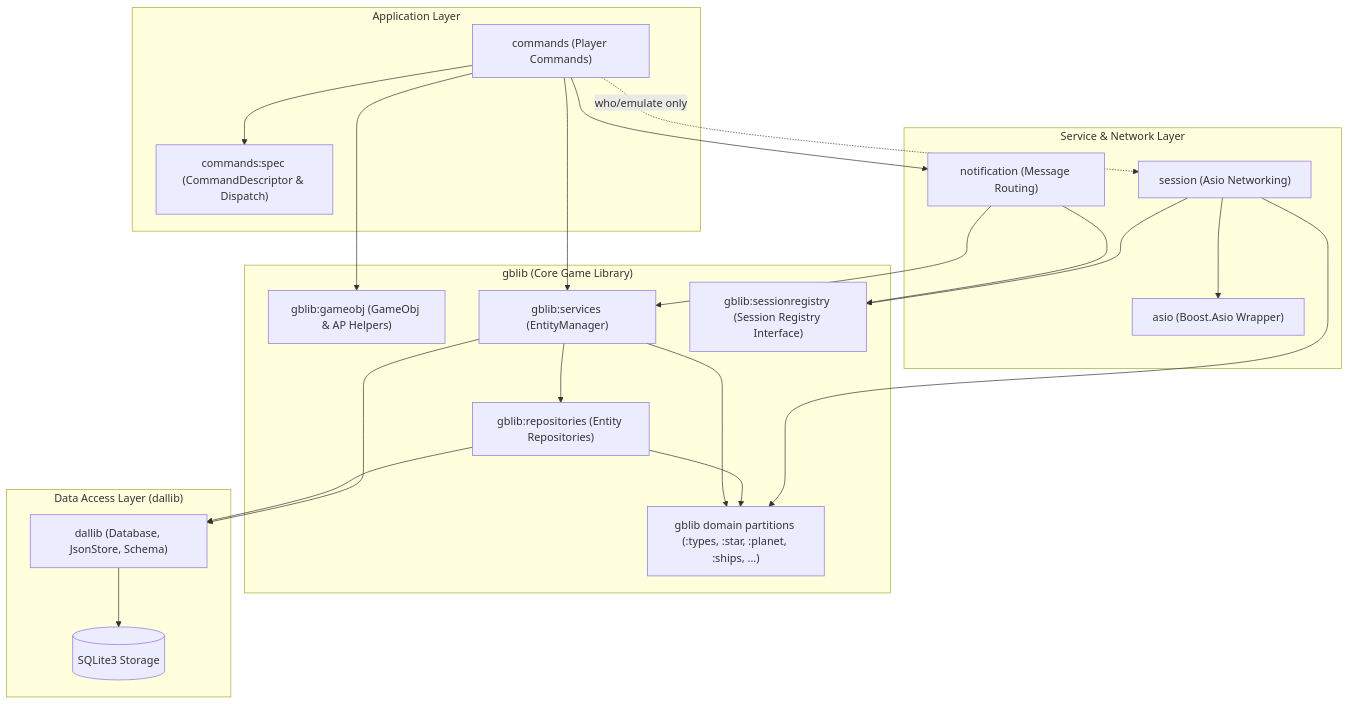
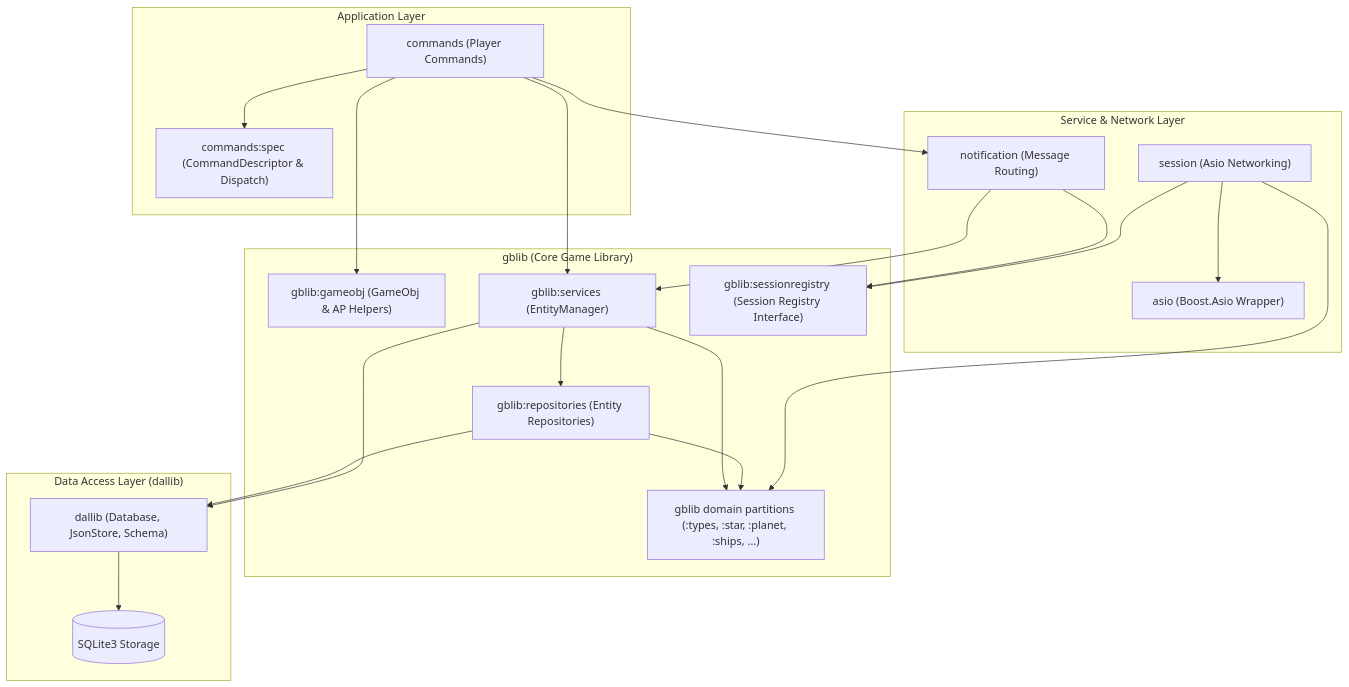
The second of 2 diagrams in ARCHITECTURE.md (kaladron/galactic-bloodshed), drawn with Mermaid before and after one commit. The commit also changed other lines of this file, not shown here.

Commit message:
docs: update ARCHITECTURE.md to remove legacy session dependency for who/emulate

````diff
--- a/ARCHITECTURE.md
+++ b/ARCHITECTURE.md
@@ -600,47 +599,46 @@
 ```mermaid
 graph TD
     subgraph AppLayer ["Application Layer"]
         Commands["commands (Player Commands)"]
         Spec["commands:spec (CommandDescriptor & Dispatch)"]
         Commands --> Spec
     end
 
     subgraph ServiceLayer ["Service & Network Layer"]
         Session["session (Asio Networking)"]
         Notification["notification (Message Routing)"]
         AsioWrapper["asio (Boost.Asio Wrapper)"]
         Session --> AsioWrapper
     end
 
     subgraph CoreLayer ["gblib (Core Game Library)"]
         GameObjPart["gblib:gameobj (GameObj & AP Helpers)"]
         ServicesPart["gblib:services (EntityManager)"]
         ReposPart["gblib:repositories (Entity Repositories)"]
         SessionRegPart["gblib:sessionregistry (Session Registry Interface)"]
         DomainPart["gblib domain partitions (:types, :star, :planet, :ships, ...)"]
         
         ServicesPart --> ReposPart
         ServicesPart --> DomainPart
         ReposPart --> DomainPart
     end
 
     subgraph DalLayer ["Data Access Layer (dallib)"]
         DAL["dallib (Database, JsonStore, Schema)"]
         SQLite[("SQLite3 Storage")]
         DAL --> SQLite
     end
 
     Commands --> GameObjPart
     Commands --> ServicesPart
     Commands --> Notification
-    Commands -. "who/emulate only" .-> Session
 
     Notification --> ServicesPart
     Notification --> SessionRegPart
 
     Session --> SessionRegPart
     Session --> DomainPart
 
     ReposPart --> DAL
     ServicesPart --> DAL
 ```
````
